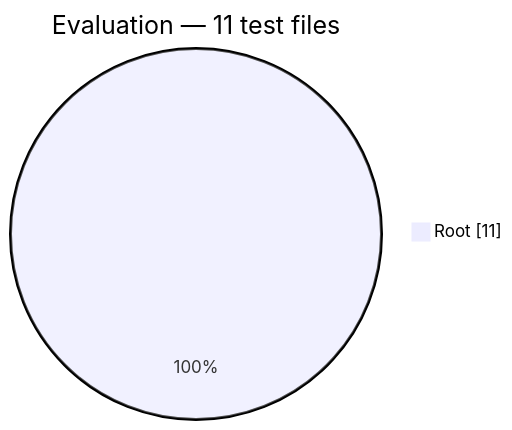
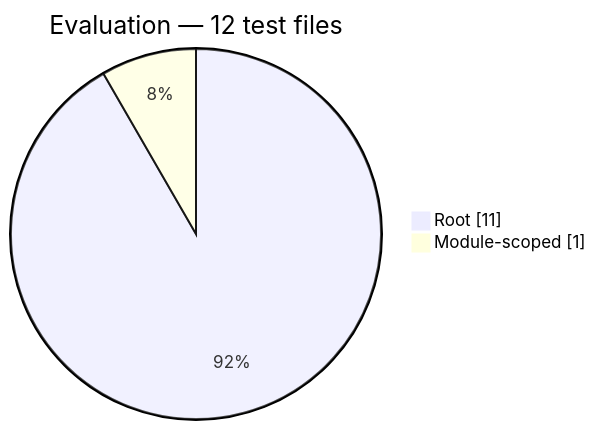
Before and after one commit to Mohammed-Alama/php-arazzo: the third of 12 diagrams in docs/generated/test-composition.md, drawn with Mermaid. The commit also changed other lines of this file and 9 other files, not shown here.

````diff
--- a/docs/generated/test-composition.md
+++ b/docs/generated/test-composition.md
@@ -42,5 +42,6 @@
 ```mermaid
 pie showData
-    title Evaluation — 11 test files
+    title Evaluation — 12 test files
     "Root": 11
+    "Module-scoped": 1
 ```
````
